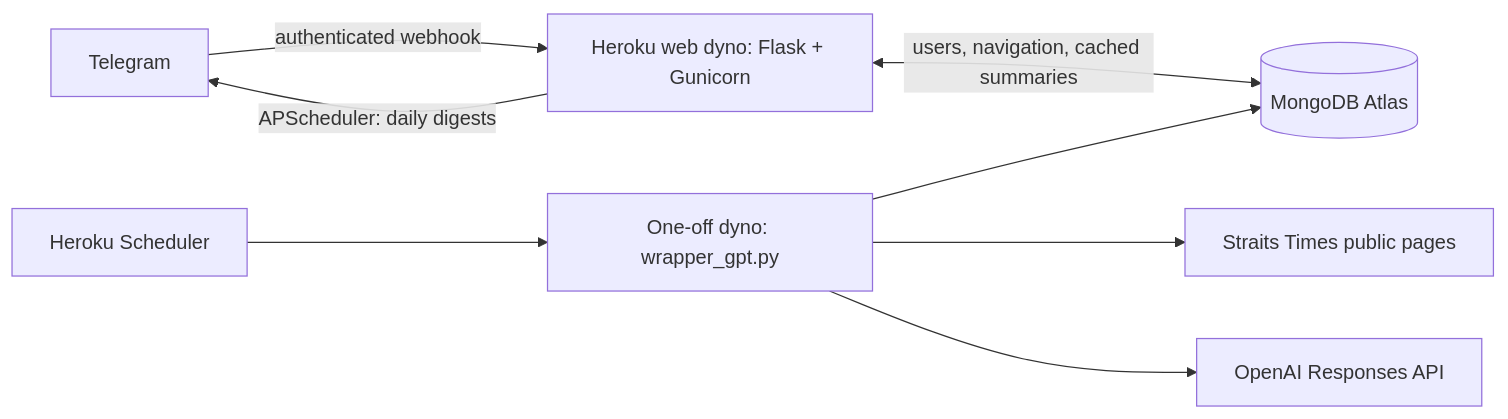
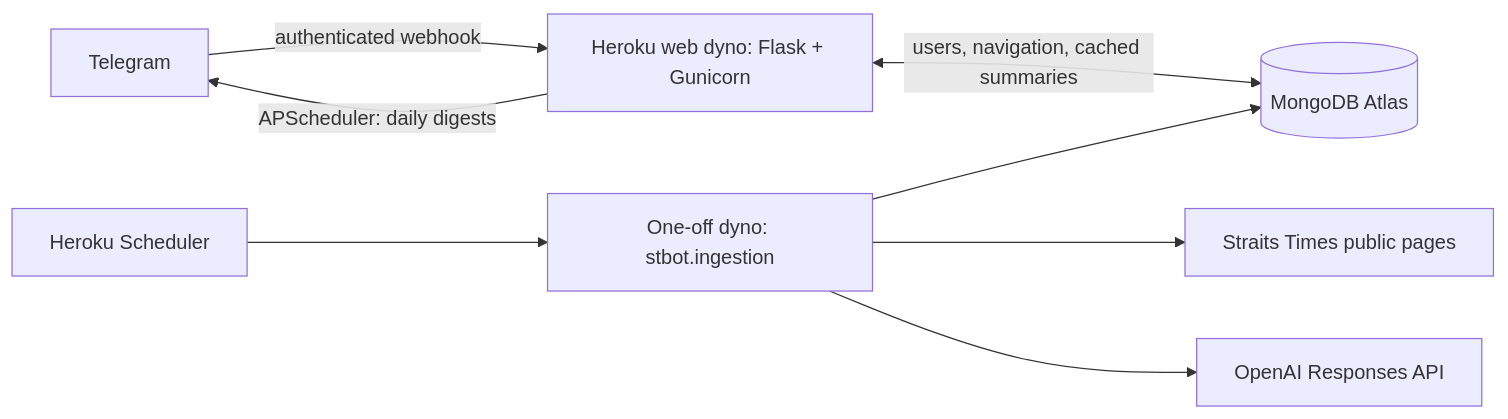
Before and after one commit to benchiatc/STBot-public: the diagram in README.md, drawn with Mermaid. The commit also changed other lines of this file and 6 other files, not shown here.

````diff
--- a/README.md
+++ b/README.md
@@ -9,10 +9,10 @@
 ```mermaid
 flowchart LR
     Telegram -->|authenticated webhook| Web[Heroku web dyno: Flask + Gunicorn]
     Web <-->|users, navigation, cached summaries| Mongo[(MongoDB Atlas)]
     Web -->|APScheduler: daily digests| Telegram
-    Scheduler[Heroku Scheduler] --> Scraper[One-off dyno: wrapper_gpt.py]
+    Scheduler[Heroku Scheduler] --> Scraper[One-off dyno: stbot.ingestion]
     Scraper --> ST[Straits Times public pages]
     Scraper --> OpenAI[OpenAI Responses API]
     Scraper --> Mongo
 ```
````
